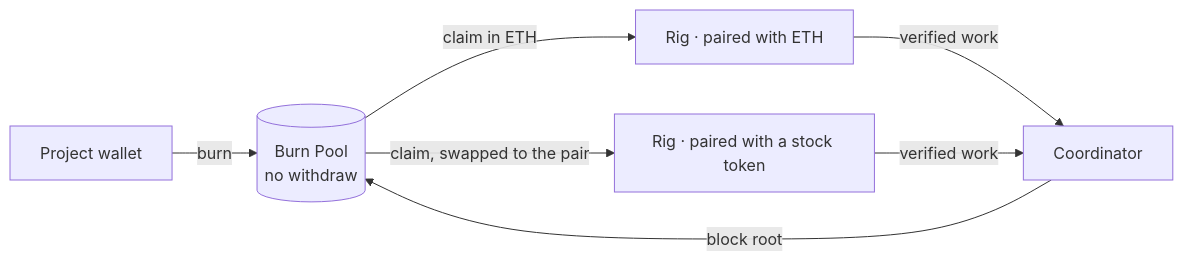
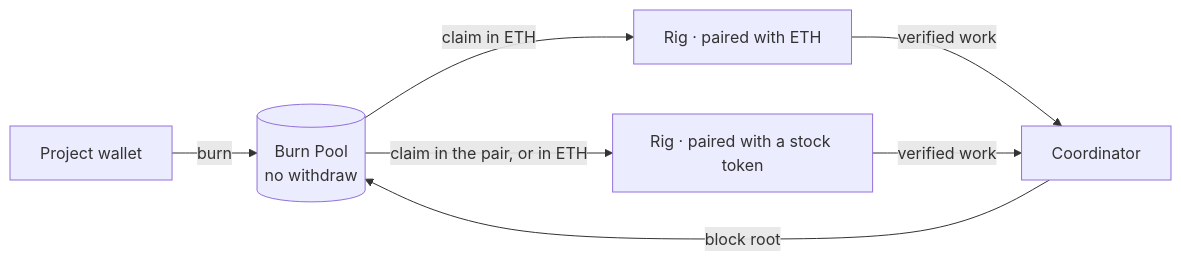
One commit to mineragpu/minera changed the diagram in README.md. Above: the diagram before and after it, drawn with Mermaid. The commit also changed other lines of this file, not shown here.

First line of the commit message:
docs(readme): say the pair is the claim default

````diff
--- a/README.md
+++ b/README.md
@@ -32,9 +32,9 @@
 ```mermaid
 flowchart LR
     A[Project wallet] -- burn --> P[(Burn Pool<br/>no withdraw)]
     R1[Rig · paired with ETH] -- verified work --> C[Coordinator]
     R2[Rig · paired with a stock token] -- verified work --> C
     C -- block root --> P
     P -- claim in ETH --> R1
-    P -- claim, swapped to the pair --> R2
+    P -- claim in the pair, or in ETH --> R2
 ```
````
